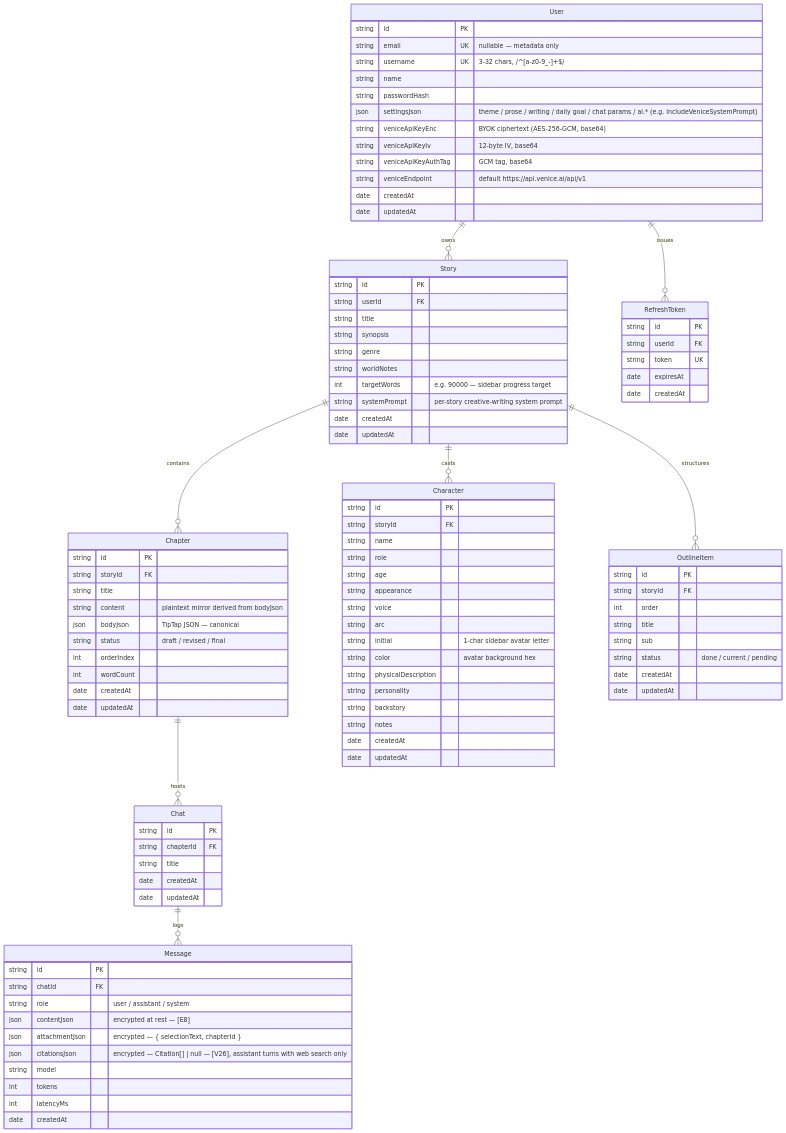
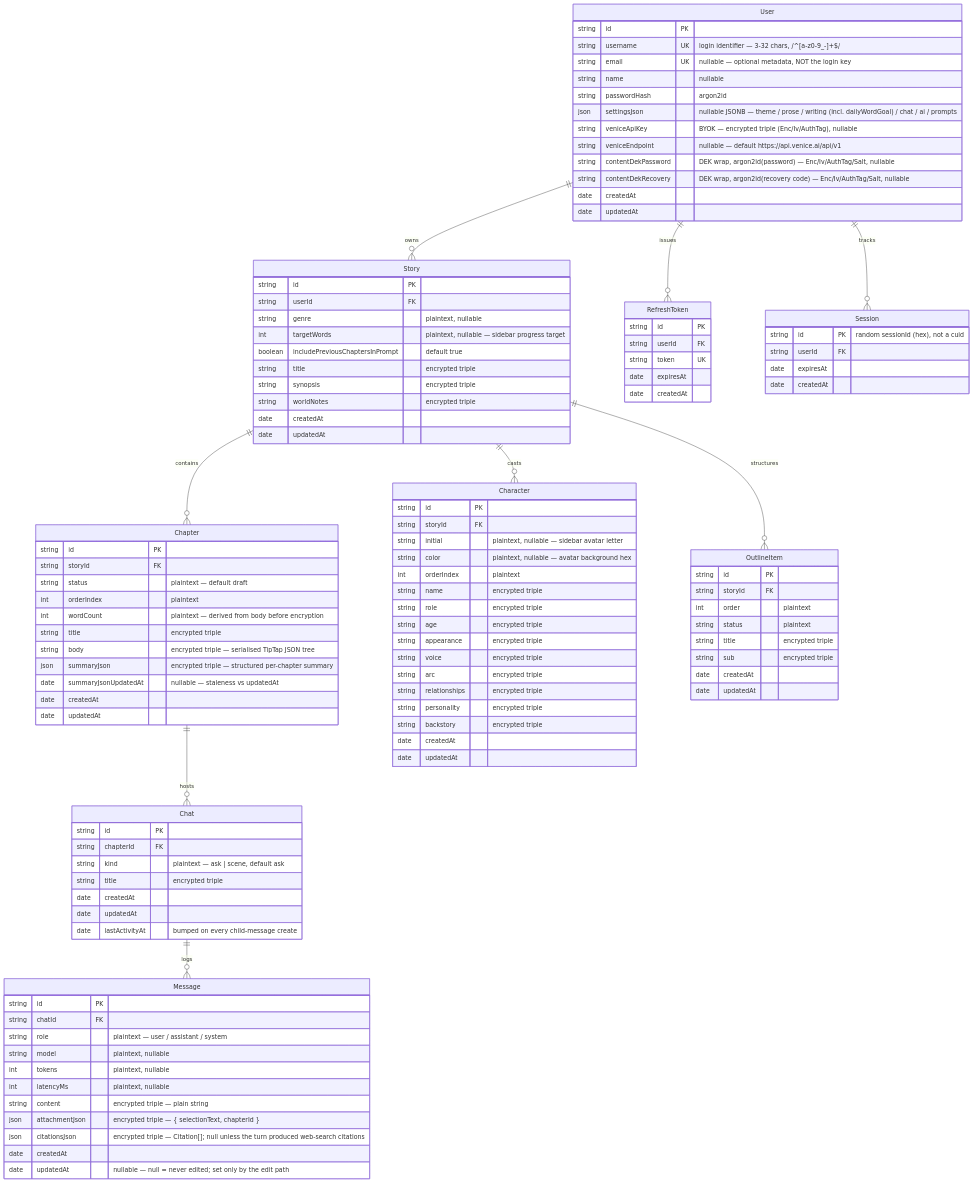
One commit to DoctorKomodo/ai-story-editor changed the diagram in docs/data-model.md. Above: the diagram before and after it, drawn with Mermaid. The commit also changed other lines of this file and 14 other files, not shown here.

First line of the commit message:
docs: bring agent-rules, reviewer agents, CLAUDE.md, and architecture docs current with the code (#135)

```diff
--- a/docs/data-model.md
+++ b/docs/data-model.md
@@ -10,6 +12,7 @@
 erDiagram
     User ||--o{ Story : owns
     User ||--o{ RefreshToken : issues
+    User ||--o{ Session : tracks
     Story ||--o{ Chapter : contains
     Story ||--o{ Character : casts
     Story ||--o{ OutlineItem : structures
@@ -18,88 +21,98 @@
 
     User {
         string  id PK
-        string  email UK "nullable — metadata only"
-        string  username UK "3-32 chars, /^[a-z0-9_-]+$/"
-        string  name
-        string  passwordHash
-        json    settingsJson "theme / prose / writing / daily goal / chat params / ai.* (e.g. includeVeniceSystemPrompt)"
-        string  veniceApiKeyEnc "BYOK ciphertext (AES-256-GCM, base64)"
-        string  veniceApiKeyIv "12-byte IV, base64"
-        string  veniceApiKeyAuthTag "GCM tag, base64"
-        string  veniceEndpoint "default https://api.venice.ai/api/v1"
+        string  username UK "login identifier — 3-32 chars, /^[a-z0-9_-]+$/"
+        string  email UK "nullable — optional metadata, NOT the login key"
+        string  name "nullable"
+        string  passwordHash "argon2id"
+        json    settingsJson "nullable JSONB — theme / prose / writing (incl. dailyWordGoal) / chat / ai / prompts"
+        string  veniceApiKey "BYOK — encrypted triple (Enc/Iv/AuthTag), nullable"
+        string  veniceEndpoint "nullable — default https://api.venice.ai/api/v1"
+        string  contentDekPassword "DEK wrap, argon2id(password) — Enc/Iv/AuthTag/Salt, nullable"
+        string  contentDekRecovery "DEK wrap, argon2id(recovery code) — Enc/Iv/AuthTag/Salt, nullable"
         date    createdAt
         date    updatedAt
+    }
+    Session {
+        string  id PK "random sessionId (hex), not a cuid"
+        string  userId FK
+        date    expiresAt
+        date    createdAt
     }
     Story {
         string  id PK
         string  userId FK
-        string  title
-        string  synopsis
-        string  genre
-        string  worldNotes
-        int     targetWords "e.g. 90000 — sidebar progress target"
-        string  systemPrompt "per-story creative-writing system prompt"
+        string  genre "plaintext, nullable"
+        int     targetWords "plaintext, nullable — sidebar progress target"
+        boolean includePreviousChaptersInPrompt "default true"
+        string  title "encrypted triple"
+        string  synopsis "encrypted triple"
+        string  worldNotes "encrypted triple"
         date    createdAt
         date    updatedAt
     }
     Chapter {
         string  id PK
         string  storyId FK
-        string  title
-        string  content "plaintext mirror derived from bodyJson"
-        json    bodyJson "TipTap JSON — canonical"
-        string  status "draft / revised / final"
-        int     orderIndex
-        int     wordCount
+        string  status "plaintext — default draft"
+        int     orderIndex "plaintext"
+        int     wordCount "plaintext — derived from body before encryption"
+        string  title "encrypted triple"
+        string  body "encrypted triple — serialised TipTap JSON tree"
+        json    summaryJson "encrypted triple — structured per-chapter summary"
+        date    summaryJsonUpdatedAt "nullable — staleness vs updatedAt"
         date    createdAt
         date    updatedAt
     }
     Character {
         string  id PK
         string  storyId FK
-        string  name
-        string  role
-        string  age
-        string  appearance
-        string  voice
-        string  arc
-        string  initial "1-char sidebar avatar letter"
-        string  color "avatar background hex"
-        string  physicalDescription
-        string  personality
-        string  backstory
-        string  notes
+        string  initial "plaintext, nullable — sidebar avatar letter"
+        string  color "plaintext, nullable — avatar background hex"
+        int     orderIndex "plaintext"
+        string  name "encrypted triple"
+        string  role "encrypted triple"
+        string  age "encrypted triple"
+        string  appearance "encrypted triple"
+        string  voice "encrypted triple"
+        string  arc "encrypted triple"
+        string  relationships "encrypted triple"
+        string  personality "encrypted triple"
+        string  backstory "encrypted triple"
         date    createdAt
         date    updatedAt
     }
     OutlineItem {
         string  id PK
         string  storyId FK
-        int     order
-        string  title
-        string  sub
-        string  status "done / current / pending"
+        int     order "plaintext"
+        string  status "plaintext"
+        string  title "encrypted triple"
+        string  sub "encrypted triple"
         date    createdAt
         date    updatedAt
     }
     Chat {
         string  id PK
         string  chapterId FK
-        string  title
+        string  kind "plaintext — ask | scene, default ask"
+        string  title "encrypted triple"
         date    createdAt
         date    updatedAt
+        date    lastActivityAt "bumped on every child-message create"
     }
     Message {
         string  id PK
         string  chatId FK
-        string  role "user / assistant / system"
-        json    contentJson "encrypted at rest — [E8]"
-        json    attachmentJson "encrypted — { selectionText, chapterId }"
-        json    citationsJson "encrypted — Citation[] | null — [V26], assistant turns with web search only"
-        string  model
-        int     tokens
-        int     latencyMs
+        string  role "plaintext — user / assistant / system"
+        string  model "plaintext, nullable"
+        int     tokens "plaintext, nullable"
+        int     latencyMs "plaintext, nullable"
+        string  content "encrypted triple — plain string"
+        json    attachmentJson "encrypted triple — { selectionText, chapterId }"
+        json    citationsJson "encrypted triple — Citation[]; null unless the turn produced web-search citations"
         date    createdAt
+        date    updatedAt "nullable — null = never edited; set only by the edit path"
     }
     RefreshToken {
         string  id PK
```
